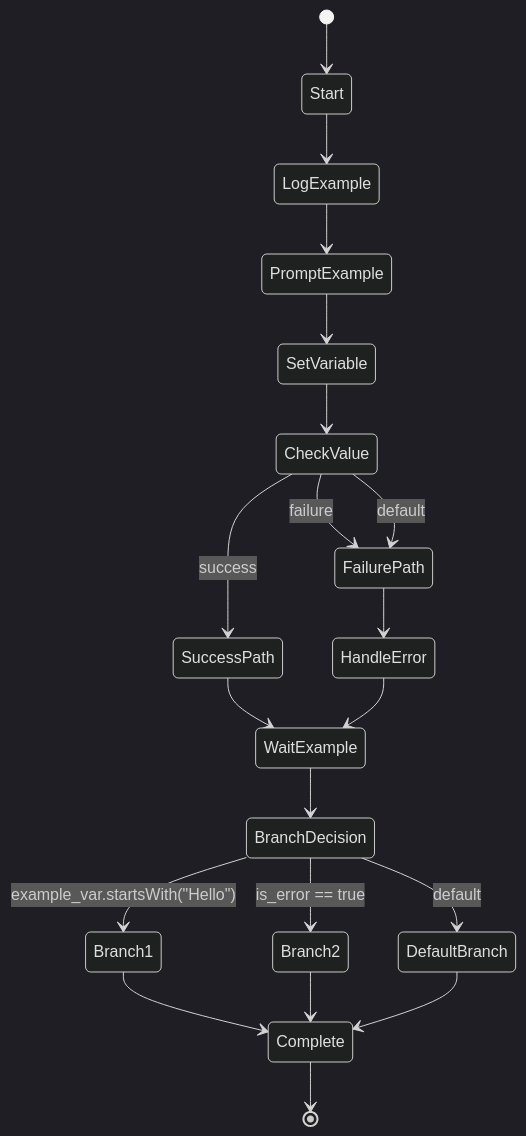
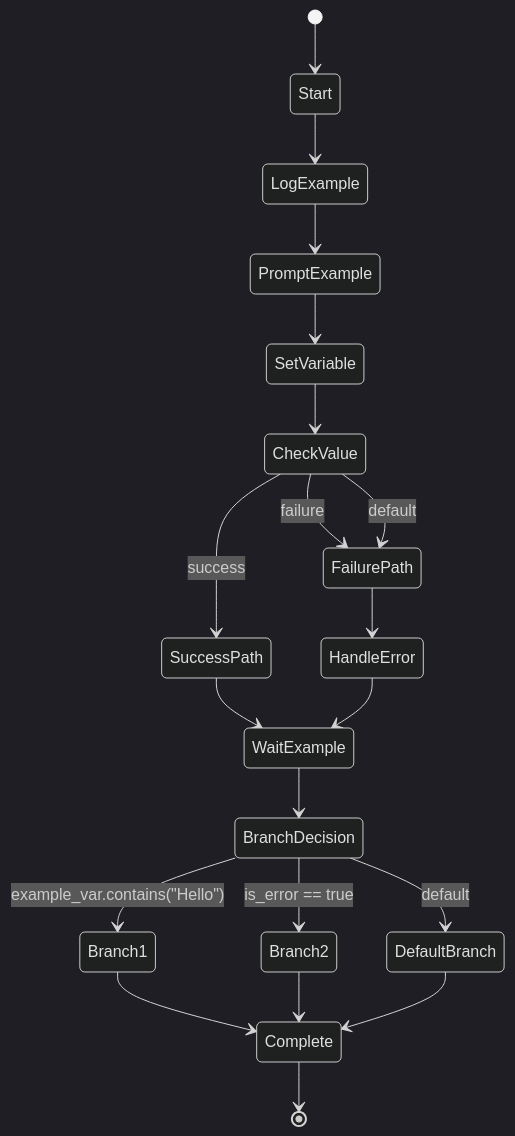
The diagram in builtin/workflows/example-actions.md (swissarmyhammer/swissarmyhammer), drawn with Mermaid (dark theme) before and after one commit. The commit also changed other lines of this file and 127 other files, not shown here.

````diff
--- a/builtin/workflows/example-actions.md
+++ b/builtin/workflows/example-actions.md
@@ -16,22 +16,22 @@
 ```mermaid
 stateDiagram-v2
     [*] --> Start
     Start --> LogExample
     LogExample --> PromptExample
     PromptExample --> SetVariable
     SetVariable --> CheckValue
     CheckValue --> SuccessPath: success
     CheckValue --> FailurePath: failure
     CheckValue --> FailurePath: default
     SuccessPath --> WaitExample
     FailurePath --> HandleError
     HandleError --> WaitExample
     WaitExample --> BranchDecision
-    BranchDecision --> Branch1: example_var.startsWith("Hello")
+    BranchDecision --> Branch1: example_var.contains("Hello")
     BranchDecision --> Branch2: is_error == true
     BranchDecision --> DefaultBranch: default
     Branch1 --> Complete
     Branch2 --> Complete
     DefaultBranch --> Complete
     Complete --> [*]
 ```
````
